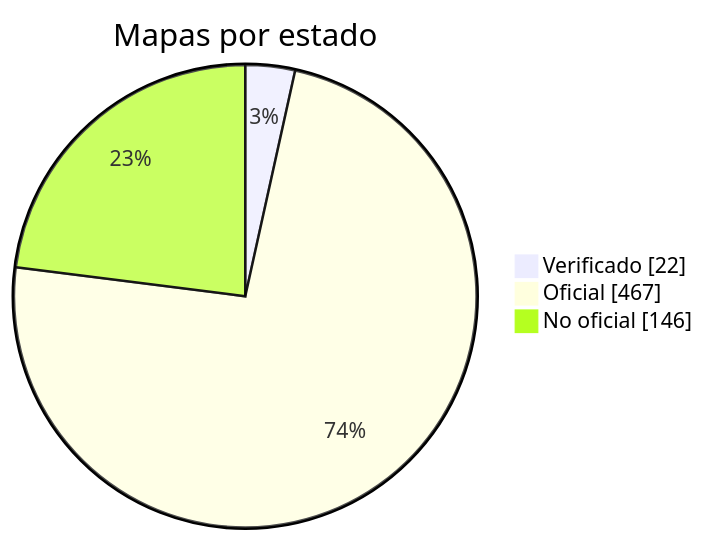
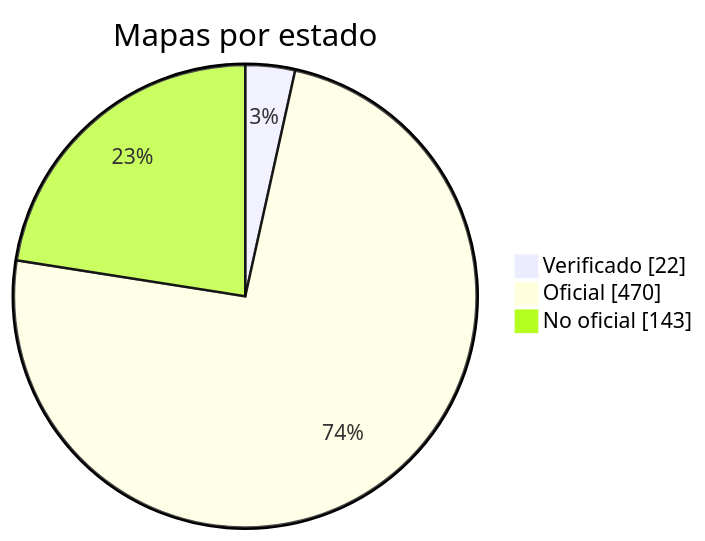
One commit to nobrega8/mbmap-library changed the diagram in docs/readme/README_ES.md. Above: the diagram before and after it, drawn with Mermaid. The commit also changed 4 other files, not shown here.

````diff
--- a/docs/readme/README_ES.md
+++ b/docs/readme/README_ES.md
@@ -54,7 +54,7 @@
 ```mermaid
 pie showData
     title Mapas por estado
     "Verificado" : 22
-    "Oficial" : 467
-    "No oficial" : 146
+    "Oficial" : 470
+    "No oficial" : 143
 ```
````
